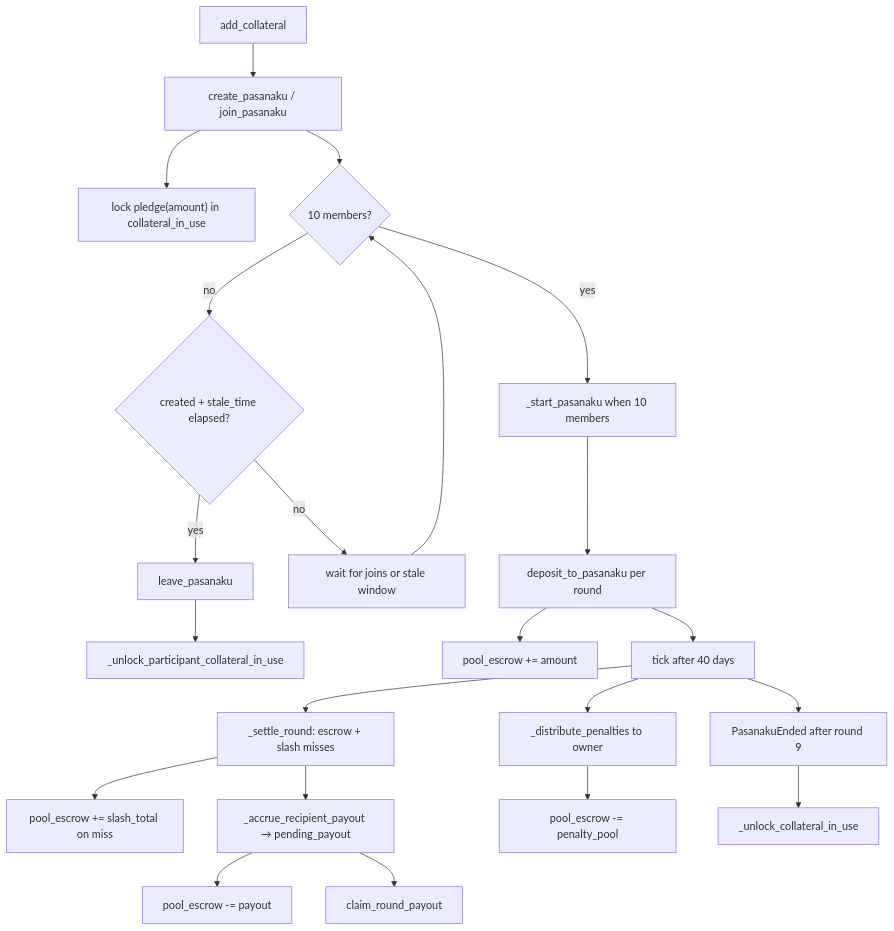
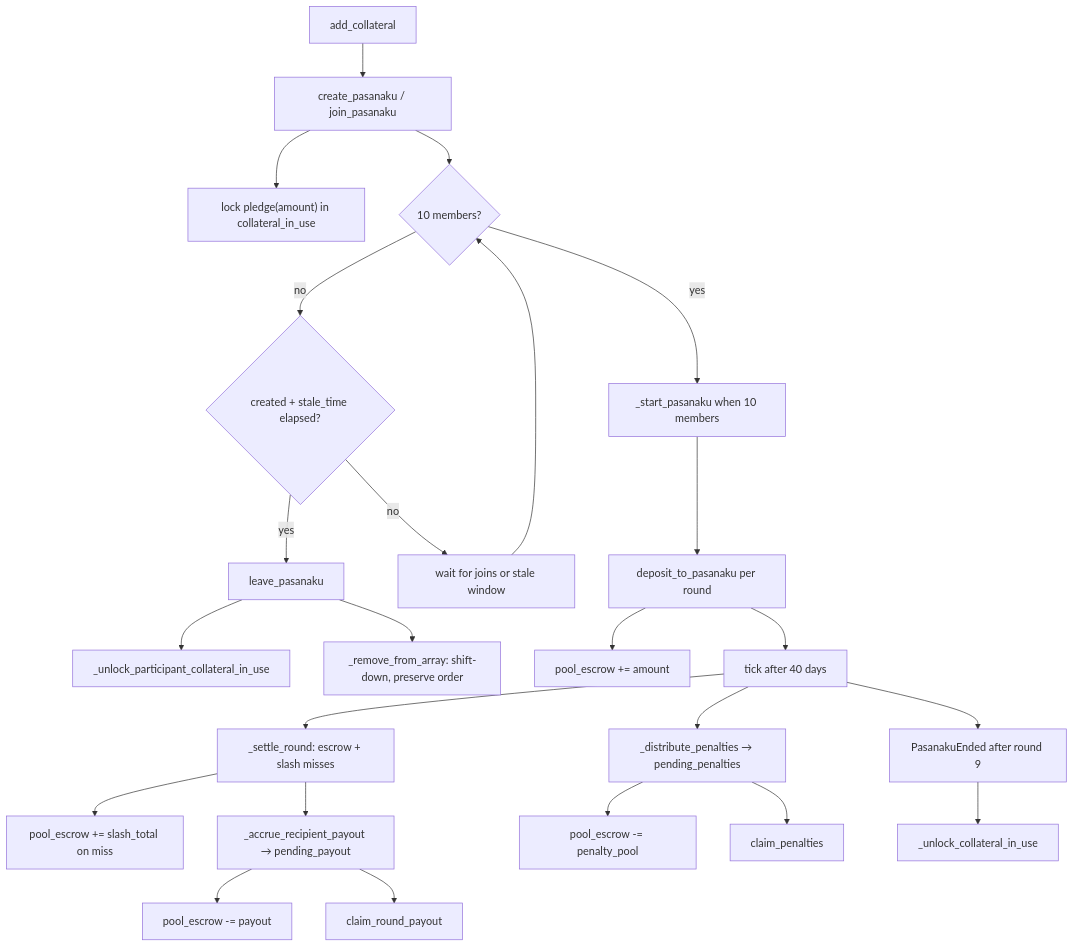
One commit to PasanakuOnchain/core-v2 changed the diagram in docs/protocol-flow.md. Above: the diagram before and after it, drawn with Mermaid. The commit also changed other lines of this file and 14 other files, not shown here.

Commit message:
Fix leave order preservation and pull-claim miss penalties

````diff
--- a/docs/protocol-flow.md
+++ b/docs/protocol-flow.md
@@ -5,24 +5,26 @@
 ```mermaid
 flowchart TD
     addCollateral[add_collateral] --> createJoin[create_pasanaku / join_pasanaku]
     createJoin --> lockPledge["lock pledge(amount) in collateral_in_use"]
     createJoin --> pendingCheck{10 members?}
     pendingCheck -->|no| staleCheck{created + stale_time elapsed?}
     staleCheck -->|yes| leavePool[leave_pasanaku]
     leavePool --> unlockLeave["_unlock_participant_collateral_in_use"]
+    leavePool --> removeOrder["_remove_from_array: shift-down, preserve order"]
     staleCheck -->|no| pendingWait[wait for joins or stale window]
     pendingWait --> pendingCheck
     pendingCheck -->|yes| startPool["_start_pasanaku when 10 members"]
     startPool --> depositRound[deposit_to_pasanaku per round]
     depositRound --> poolEscrowCredit["pool_escrow += amount"]
     depositRound --> tick[tick after 40 days]
     tick --> settleRound["_settle_round: escrow + slash misses"]
     settleRound --> poolEscrowSlash["pool_escrow += slash_total on miss"]
     settleRound --> accrue["_accrue_recipient_payout → pending_payout"]
     accrue --> poolEscrowDebit["pool_escrow -= payout"]
-    tick --> penalties["_distribute_penalties to owner"]
+    tick --> penalties["_distribute_penalties → pending_penalties"]
     penalties --> poolEscrowPenalty["pool_escrow -= penalty_pool"]
+    penalties --> claimPen[claim_penalties]
     accrue --> claim[claim_round_payout]
     tick --> endPool[PasanakuEnded after round 9]
     endPool --> unlock["_unlock_collateral_in_use"]
 ```
````
